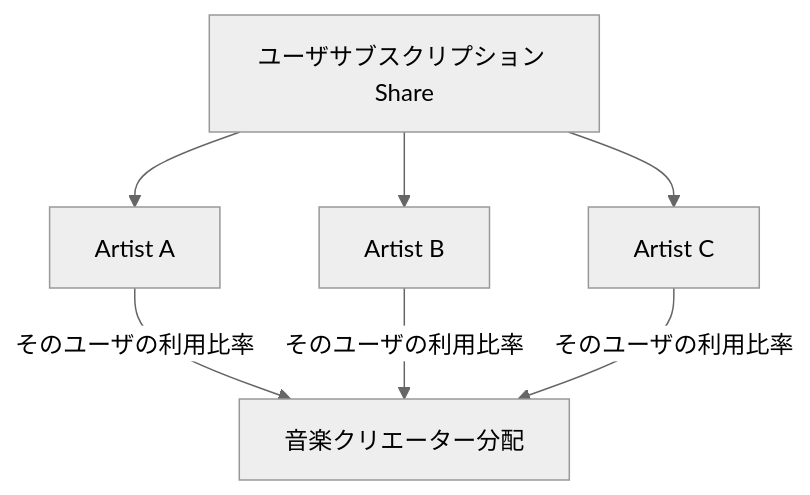
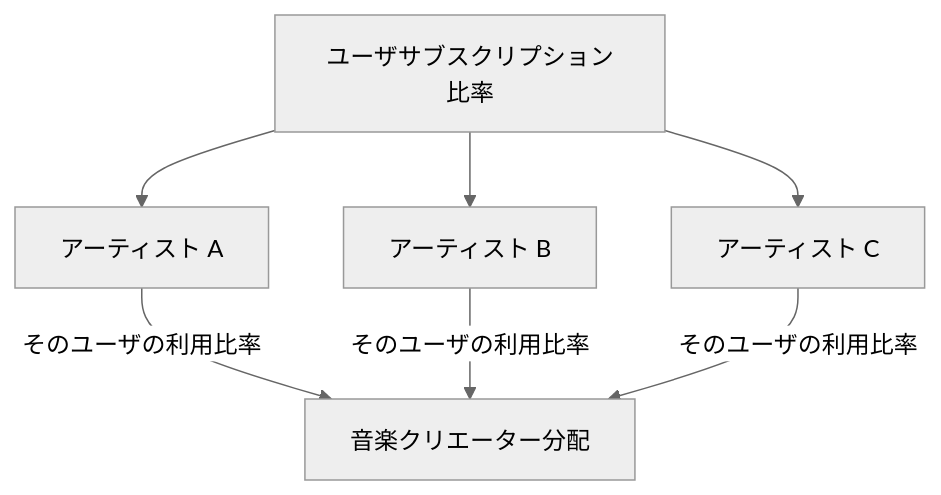
The fifth of 27 diagrams in docs/whitepaper/06-economics-mathjax.md (ShigeichiroYamasaki/creator-first-platform), drawn with Mermaid (neutral theme) before and after one commit. The commit also changed other lines of this file and 72 other files, not shown here.

````diff
--- a/docs/whitepaper/06-economics-mathjax.md
+++ b/docs/whitepaper/06-economics-mathjax.md
@@ -312,11 +312,11 @@
 ```mermaid
 flowchart TD
-    USER[ユーザサブスクリプション Share]
-    USER --> A[Artist A]
-    USER --> B[Artist B]
-    USER --> C[Artist C]
+    USER[ユーザサブスクリプション比率]
+    USER --> A[アーティスト A]
+    USER --> B[アーティスト B]
+    USER --> C[アーティスト C]
 
     A -->|そのユーザの利用比率| DIST[音楽クリエーター分配]
     B -->|そのユーザの利用比率| DIST
     C -->|そのユーザの利用比率| DIST
 ```
````
